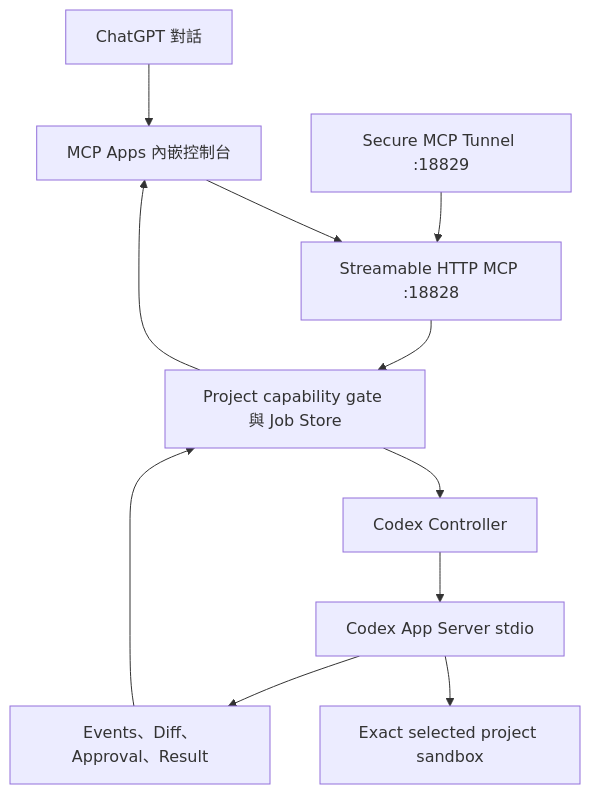
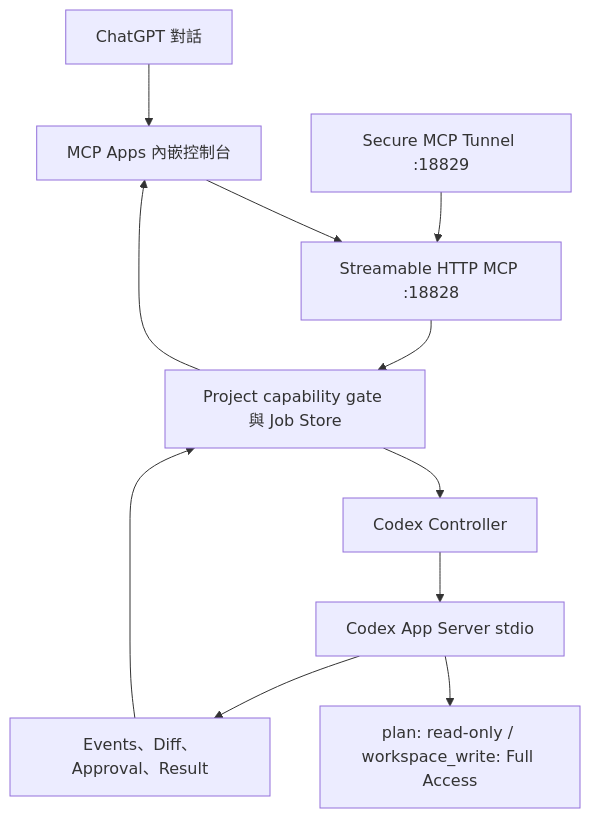
The diagram in codex_bridge/README.md (lulu930128/GPT_MCPtool), drawn with Mermaid before and after one commit. The commit also changed other lines of this file and 39 other files, not shown here.

````diff
--- a/codex_bridge/README.md
+++ b/codex_bridge/README.md
@@ -104,13 +113,13 @@
 ```mermaid
 flowchart TD
     A["ChatGPT 對話"] --> B["MCP Apps 內嵌控制台"]
     B --> C["Streamable HTTP MCP :18828"]
     C --> D["Project capability gate 與 Job Store"]
     D --> E["Codex Controller"]
     E --> F["Codex App Server stdio"]
-    F --> G["Exact selected project sandbox"]
+    F --> G["plan: read-only / workspace_write: Full Access"]
     F --> H["Events、Diff、Approval、Result"]
     H --> D
     D --> B
     I["Secure MCP Tunnel :18829"] --> C
 ```
````
